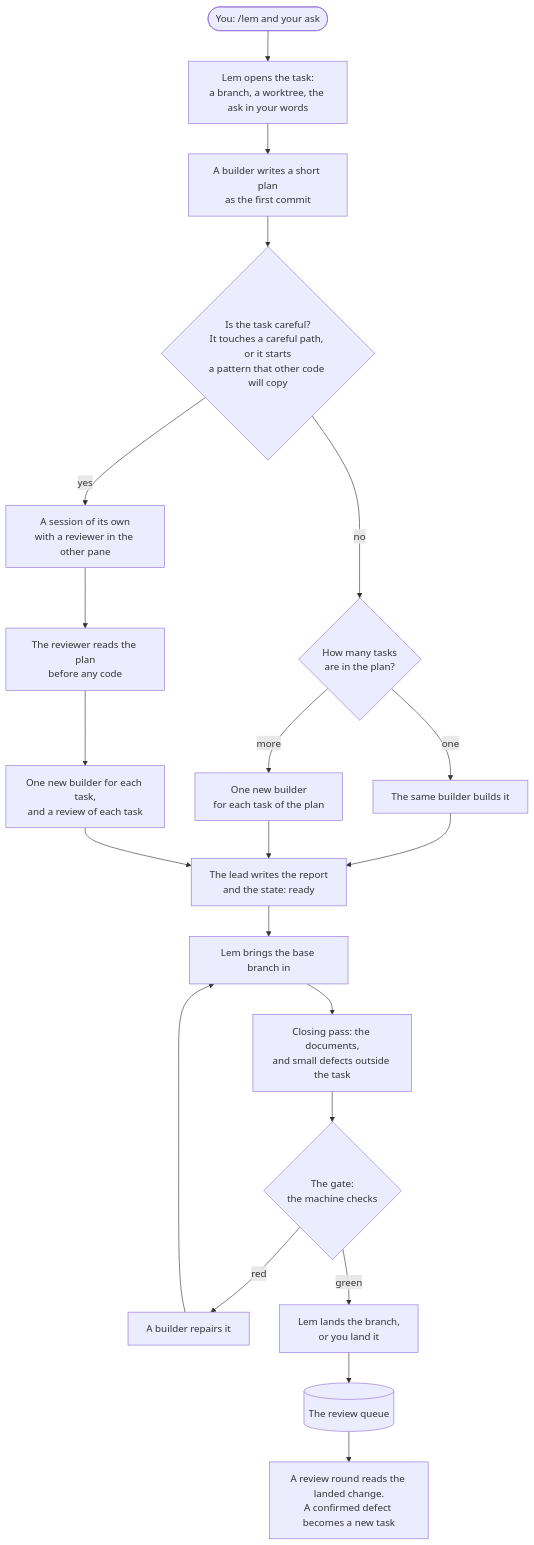
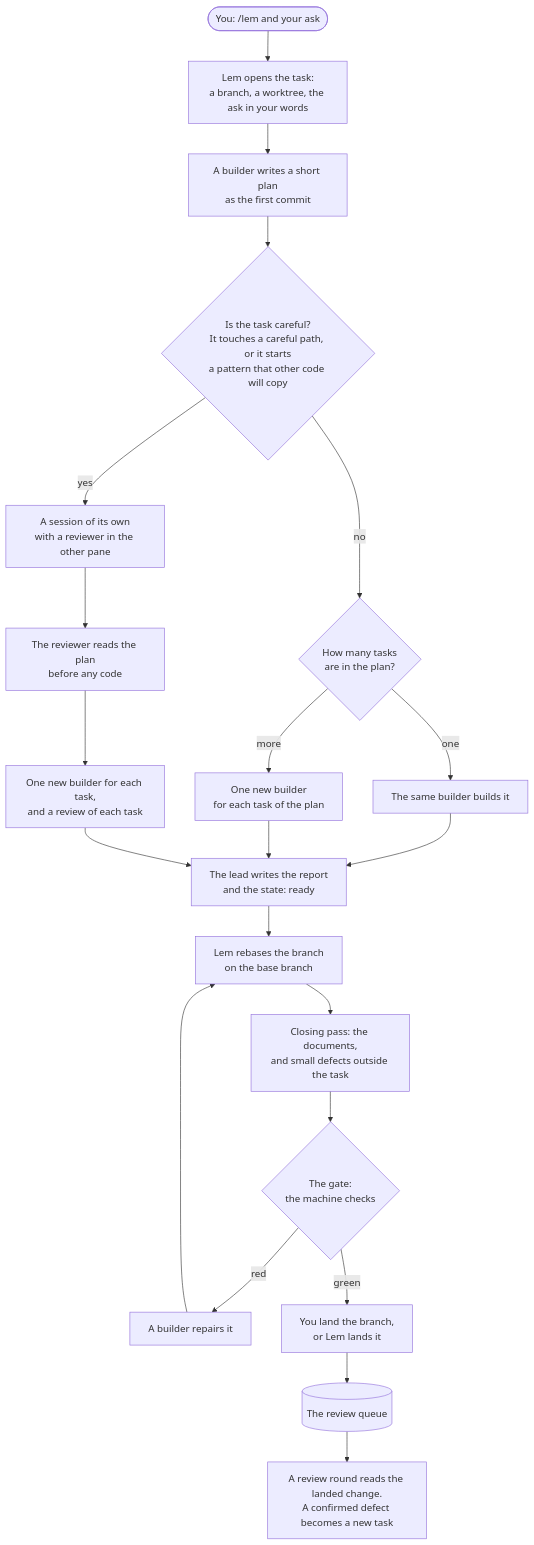
Before and after one commit to pySilver/lem: the first of 3 diagrams in README.md, drawn with Mermaid. The commit also changed other lines of this file, not shown here.

````diff
--- a/README.md
+++ b/README.md
@@ -69,22 +89,22 @@
 ```mermaid
 flowchart TD
     ask([You: /lem and your ask]) --> open[Lem opens the task:<br/>a branch, a worktree, the ask in your words]
     open --> plan[A builder writes a short plan<br/>as the first commit]
     plan --> careful{Is the task careful?<br/>It touches a careful path, or it starts<br/>a pattern that other code will copy}
     careful -- no --> count{How many tasks<br/>are in the plan?}
     count -- one --> same[The same builder builds it]
     count -- more --> build[One new builder<br/>for each task of the plan]
     careful -- yes --> session[A session of its own<br/>with a reviewer in the other pane]
     session --> opinion[The reviewer reads the plan<br/>before any code]
     opinion --> buildc[One new builder for each task,<br/>and a review of each task]
     same --> report[The lead writes the report<br/>and the state: ready]
     build --> report
     buildc --> report
-    report --> base[Lem brings the base branch in]
+    report --> base[Lem rebases the branch<br/>on the base branch]
     base --> closing[Closing pass: the documents,<br/>and small defects outside the task]
     closing --> gate{The gate:<br/>the machine checks}
     gate -- red --> repair[A builder repairs it] --> base
-    gate -- green --> land[Lem lands the branch,<br/>or you land it]
+    gate -- green --> land[You land the branch,<br/>or Lem lands it]
     land --> queue[(The review queue)]
     queue --> review[A review round reads the landed change.<br/>A confirmed defect becomes a new task]
 ```
````
